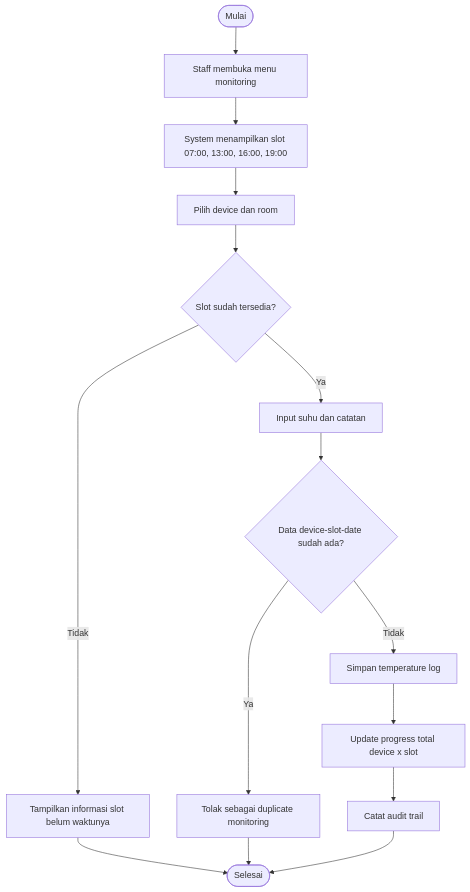
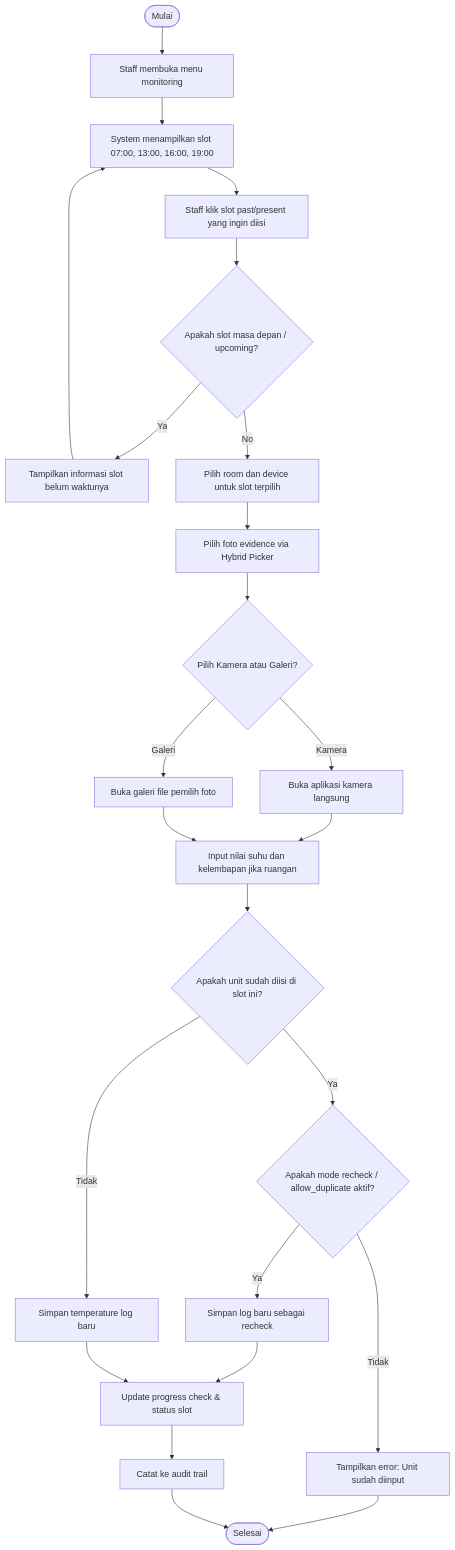
The second of 7 diagrams in docs/diagrams/ACTIVITY_DIAGRAM.md (riomikail28/Project_QC), drawn with Mermaid before and after one commit. The commit also changed other lines of this file and 12 other files, not shown here.

````diff
--- a/docs/diagrams/ACTIVITY_DIAGRAM.md
+++ b/docs/diagrams/ACTIVITY_DIAGRAM.md
@@ -25,17 +25,26 @@
 ```mermaid
 flowchart TD
     A([Mulai]) --> B[Staff membuka menu monitoring]
     B --> C[System menampilkan slot 07:00, 13:00, 16:00, 19:00]
-    C --> D[Pilih device dan room]
-    D --> E{Slot sudah tersedia?}
-    E -- Tidak --> F[Tampilkan informasi slot belum waktunya]
-    F --> Z([Selesai])
-    E -- Ya --> G[Input suhu dan catatan]
-    G --> H{Data device-slot-date sudah ada?}
-    H -- Ya --> I[Tolak sebagai duplicate monitoring]
-    I --> Z
-    H -- Tidak --> J[Simpan temperature log]
-    J --> K[Update progress total device x slot]
-    K --> L[Catat audit trail]
-    L --> Z
+    C --> D[Staff klik slot past/present yang ingin diisi]
+    D --> E{Apakah slot masa depan / upcoming?}
+    E -- Ya --> F[Tampilkan informasi slot belum waktunya]
+    F --> C
+    E -- No --> G[Pilih room dan device untuk slot terpilih]
+    G --> H[Pilih foto evidence via Hybrid Picker]
+    H --> I{Pilih Kamera atau Galeri?}
+    I -- Kamera --> J[Buka aplikasi kamera langsung]
+    I -- Galeri --> K[Buka galeri file pemilih foto]
+    J --> L[Input nilai suhu dan kelembapan jika ruangan]
+    K --> L
+    L --> M{Apakah unit sudah diisi di slot ini?}
+    M -- Ya --> N{Apakah mode recheck / allow_duplicate aktif?}
+    N -- Tidak --> O[Tampilkan error: Unit sudah diinput]
+    O --> Z([Selesai])
+    N -- Ya --> P[Simpan log baru sebagai recheck]
+    M -- Tidak --> Q[Simpan temperature log baru]
+    P --> R[Update progress check & status slot]
+    Q --> R
+    R --> S[Catat ke audit trail]
+    S --> Z
 ```
````
